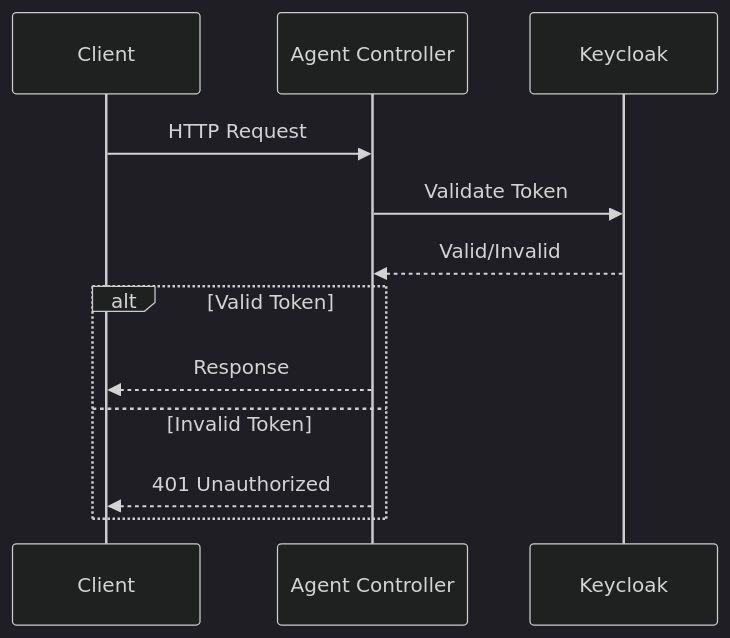
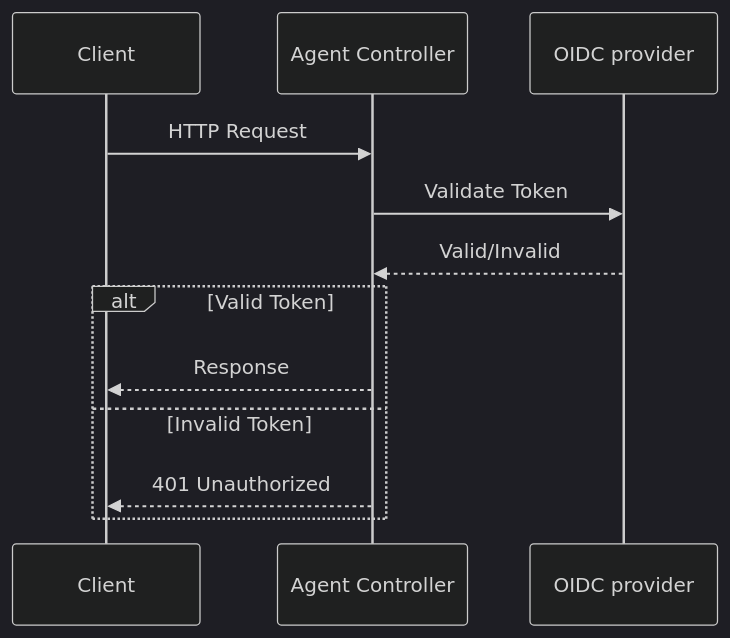
One commit to forepath/one changed the seventh of 11 diagrams in docs/agenstra/architecture/system-overview.md. Above: the diagram before and after it, drawn with Mermaid (dark theme). The commit also changed other lines of this file and 402 other files, not shown here.

````diff
--- a/docs/agenstra/architecture/system-overview.md
+++ b/docs/agenstra/architecture/system-overview.md
@@ -189,15 +189,15 @@
 ```mermaid
 sequenceDiagram
     participant C as Client
     participant AC as Agent Controller
-    participant K as Keycloak
+    participant K as OIDC provider
 
     C->>AC: HTTP Request
     AC->>K: Validate Token
     K-->>AC: Valid/Invalid
     alt Valid Token
         AC-->>C: Response
     else Invalid Token
         AC-->>C: 401 Unauthorized
     end
 ```
````
